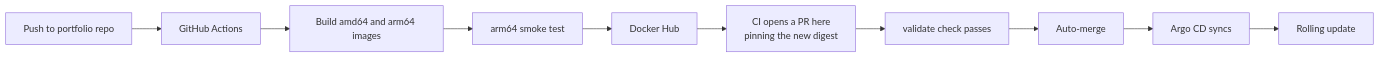
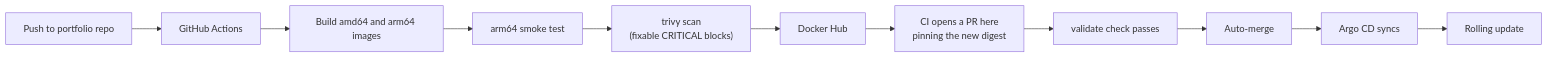
The second of 4 diagrams in README.md (anakafeel/homelab-gitops), drawn with Mermaid before and after one commit. The commit also changed other lines of this file and 2 other files, not shown here.

Commit message:
docs: trivy gate in the pipeline diagram; fix stale Cloudflare/Phase 2 text

````diff
--- a/README.md
+++ b/README.md
@@ -38,12 +38,13 @@
 ```mermaid
 flowchart LR
     PR["Push to portfolio repo"] --> GA["GitHub Actions"]
     GA --> B["Build amd64 and arm64 images"]
     B --> SM["arm64 smoke test"]
-    SM --> DH["Docker Hub"]
+    SM --> TV["trivy scan<br/>(fixable CRITICAL blocks)"]
+    TV --> DH["Docker Hub"]
     DH --> CI2["CI opens a PR here<br/>pinning the new digest"]
     CI2 --> V2["validate check passes"]
     V2 --> AM["Auto-merge"]
     AM --> AC["Argo CD syncs"]
     AC --> RU["Rolling update"]
 ```
````
